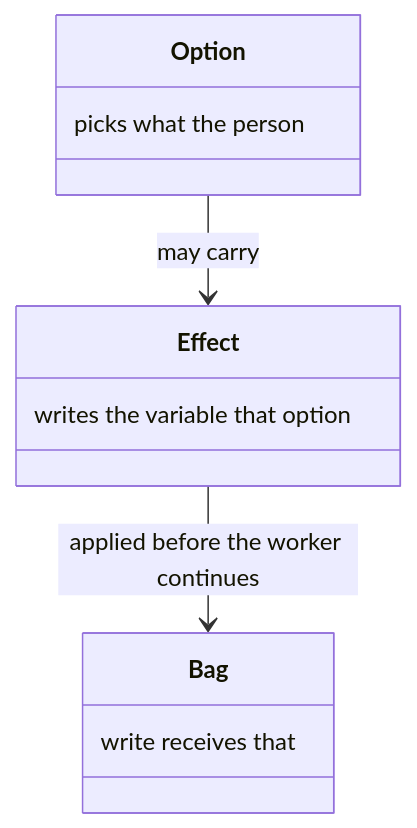
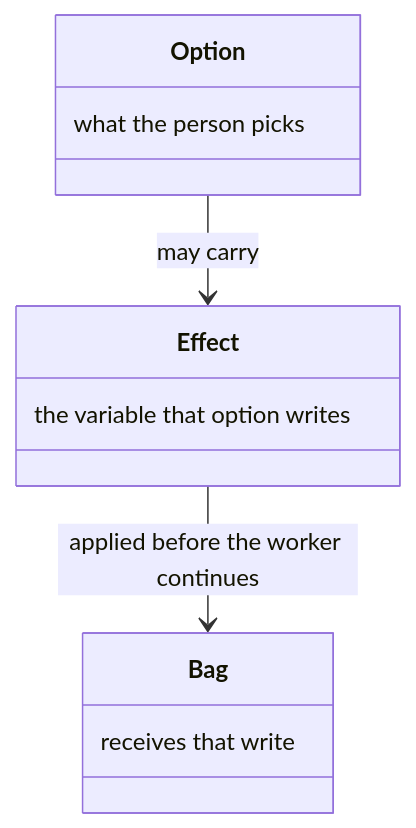
Diagram 14 of 36 in docs/state.md (m2ux/workflow-server), drawn with Mermaid before and after one commit. The commit also changed other lines of this file and 10 other files, not shown here.

Commit message:
Write each class-box note in reading order so the diagram shows the phrase as written.

````diff
--- a/docs/state.md
+++ b/docs/state.md
@@ -229,14 +229,14 @@
 ```mermaid
 classDiagram
   class Option {
-    picks what the person
+    what the person picks
   }
   class Effect {
-    writes the variable that option
+    the variable that option writes
   }
   class Bag {
-    write receives that
+    receives that write
   }
   Option --> Effect : may carry
   Effect --> Bag : applied before the worker continues
 ```
````
